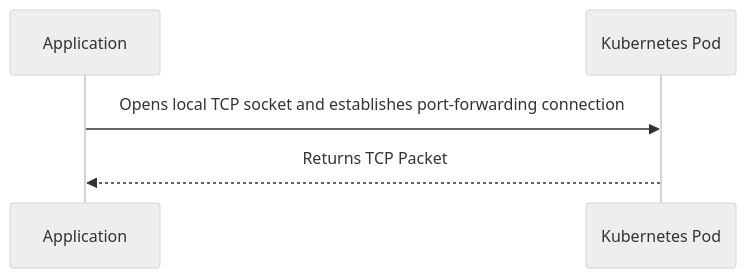
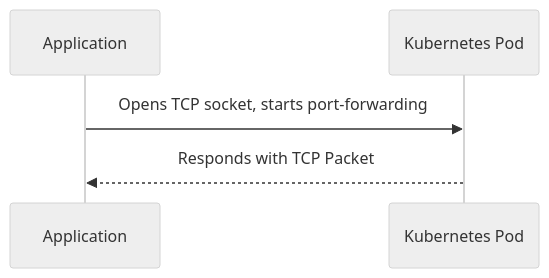
The first of 3 diagrams in README.md (hcavarsan/kftray), drawn with Mermaid (neutral theme) before and after one commit. The commit also changed other lines of this file, not shown here.

````diff
--- a/README.md
+++ b/README.md
@@ -232,5 +185,5 @@
 ```mermaid
 sequenceDiagram
-    Application->>Kubernetes Pod: Opens local TCP socket and establishes port-forwarding connection
-    Kubernetes Pod-->>Application: Returns TCP Packet
+Application->>Kubernetes Pod: Opens TCP socket, starts port-forwarding
+Kubernetes Pod-->>Application: Responds with TCP Packet
 ```
````
